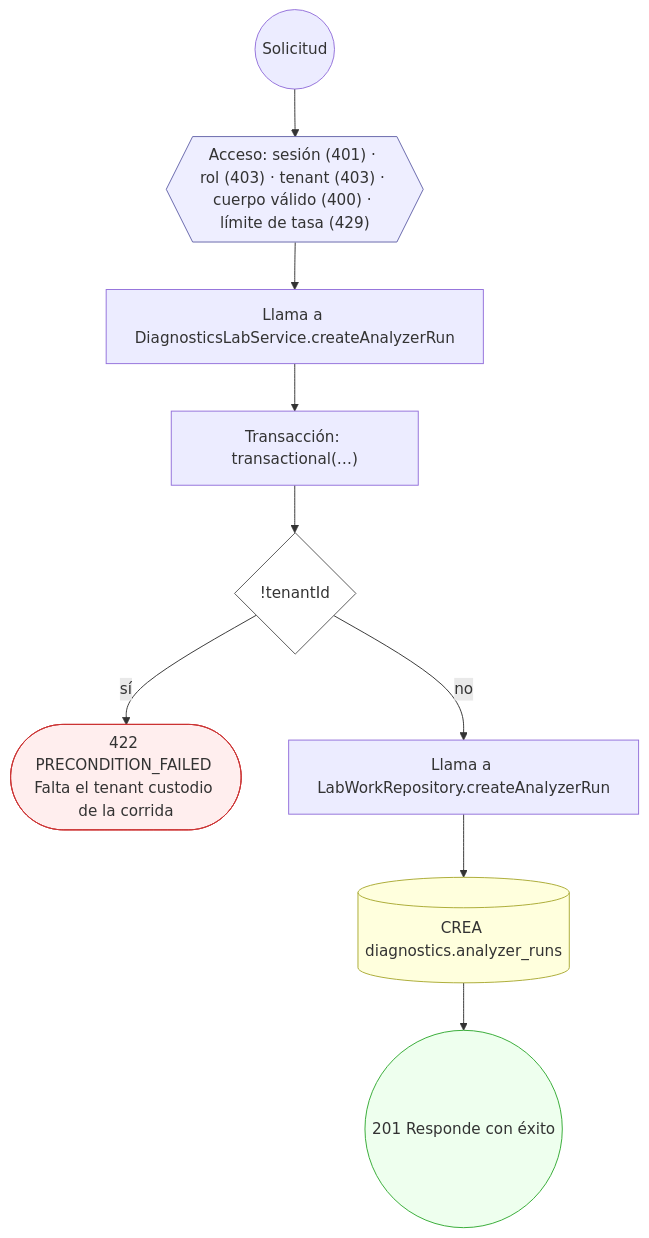
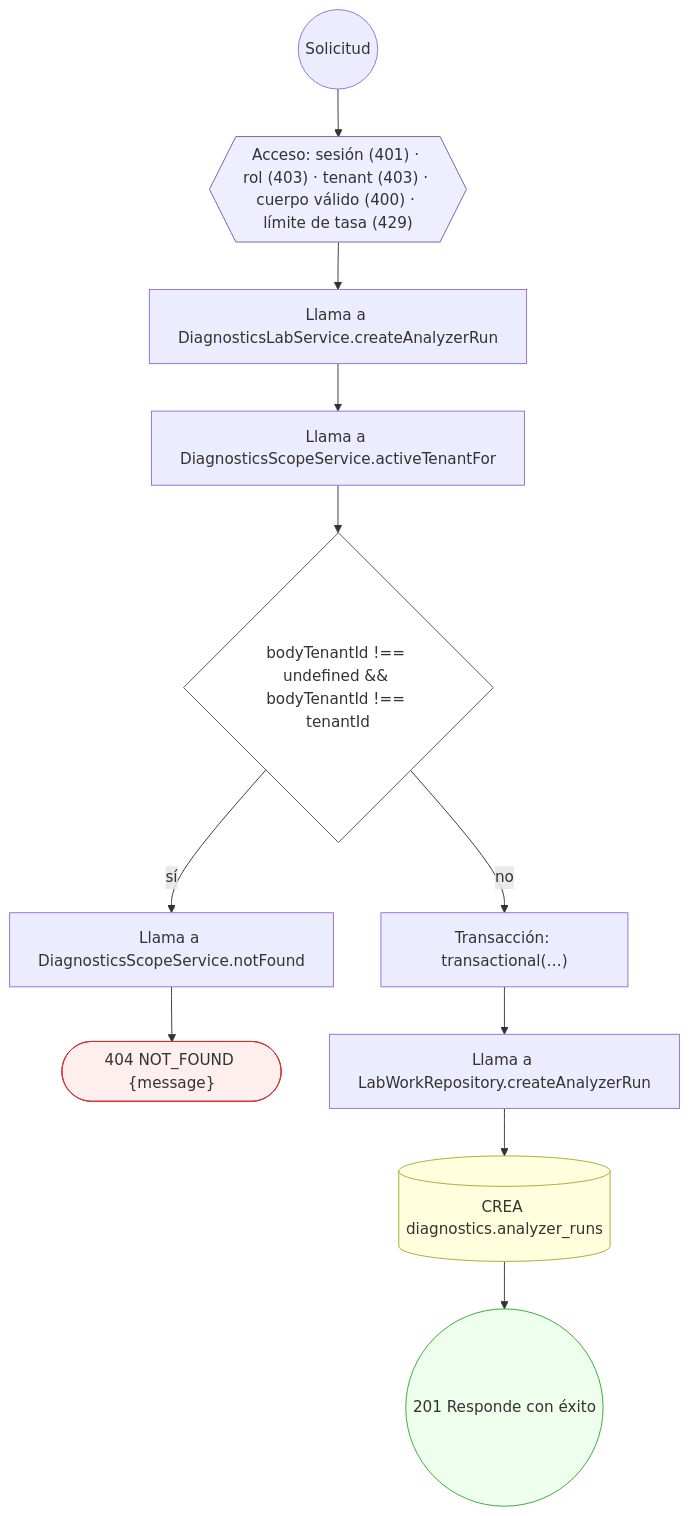
One commit to mdavila-2001/mantra-core-health-api changed diagram 12 of 31 in docs/inventario/flujos/diagnostics.md. Above: the diagram before and after it, drawn with Mermaid. The commit also changed other lines of this file and 438 other files, not shown here.

````diff
--- a/docs/inventario/flujos/diagnostics.md
+++ b/docs/inventario/flujos/diagnostics.md
@@ -1184,26 +1239,30 @@
 ```mermaid
 flowchart TD
   n1(("Solicitud")):::inicio
   n2{{"Acceso: sesión (401) · rol (403) · tenant (403) · cuerpo válido (400) · límite de tasa (429)"}}:::acceso
   n1 --> n2
   n3["Llama a DiagnosticsLabService.createAnalyzerRun"]:::llamada
   n2 --> n3
-  n4["Transacción: transactional(…)"]:::transaccion
+  n4["Llama a DiagnosticsScopeService.activeTenantFor"]:::llamada
   n3 --> n4
-  n5{"!tenantId"}:::decision
+  n5{"bodyTenantId !== undefined && bodyTenantId !== tenantId"}:::decision
   n4 --> n5
-  n6(["422 PRECONDITION_FAILED Falta el tenant custodio de la corrida"]):::error
+  n6["Llama a DiagnosticsScopeService.notFound"]:::llamada
   n5 -->|"sí"| n6
-  n7["Llama a LabWorkRepository.createAnalyzerRun"]:::llamada
-  n5 -->|"no"| n7
-  n8[("CREA diagnostics.analyzer_runs")]:::efecto
-  n7 --> n8
-  n9(("201 Responde con éxito")):::ok
+  n7(["404 NOT_FOUND {message}"]):::error
+  n6 --> n7
+  n8["Transacción: transactional(…)"]:::transaccion
+  n5 -->|"no"| n8
+  n9["Llama a LabWorkRepository.createAnalyzerRun"]:::llamada
   n8 --> n9
+  n10[("CREA diagnostics.analyzer_runs")]:::efecto
+  n9 --> n10
+  n11(("201 Responde con éxito")):::ok
+  n10 --> n11
   classDef acceso fill:#eef,stroke:#66a
   classDef error fill:#fee,stroke:#c33
   classDef ok fill:#efe,stroke:#3a3
   classDef efecto fill:#ffd,stroke:#aa3
   classDef decision fill:#fff,stroke:#555
   classDef corte fill:#eee,stroke:#999,stroke-dasharray: 4
 ```
````
